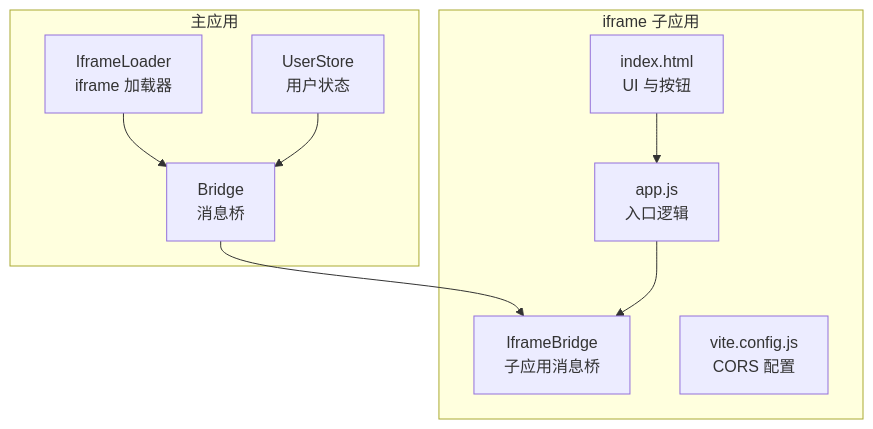
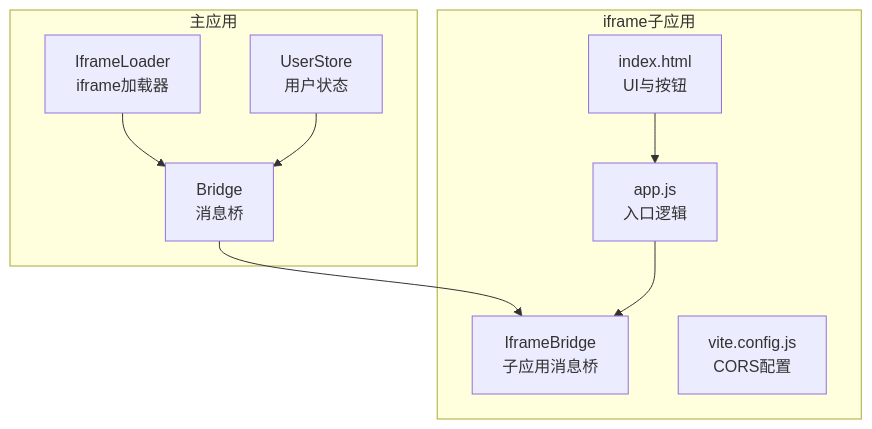
Before and after one commit to my-Sitara/artisan-base-frontend: the first of 8 diagrams in .qoder/repowiki/zh/content/高级主题/iframe 跨域治理.md, drawn with Mermaid. The commit also changed other lines of this file and 25 other files, not shown here.

````diff
--- a/.qoder/repowiki/zh/content/高级主题/iframe 跨域治理.md
+++ b/.qoder/repowiki/zh/content/高级主题/iframe 跨域治理.md
@@ -49,19 +54,19 @@
 ```mermaid
 graph TB
 subgraph "主应用"
 MA_Bridge["Bridge<br/>消息桥"]
-MA_IfLoader["IframeLoader<br/>iframe 加载器"]
+MA_IfLoader["IframeLoader<br/>iframe加载器"]
 MA_UserStore["UserStore<br/>用户状态"]
 end
-subgraph "iframe 子应用"
+subgraph "iframe子应用"
 IA_Bridge["IframeBridge<br/>子应用消息桥"]
 IA_App["app.js<br/>入口逻辑"]
-IA_HTML["index.html<br/>UI 与按钮"]
-IA_Vite["vite.config.js<br/>CORS 配置"]
+IA_HTML["index.html<br/>UI与按钮"]
+IA_Vite["vite.config.js<br/>CORS配置"]
 end
 MA_IfLoader --> MA_Bridge
 MA_Bridge --> IA_Bridge
 IA_App --> IA_Bridge
 IA_HTML --> IA_App
 MA_UserStore --> MA_Bridge
 ```
````
